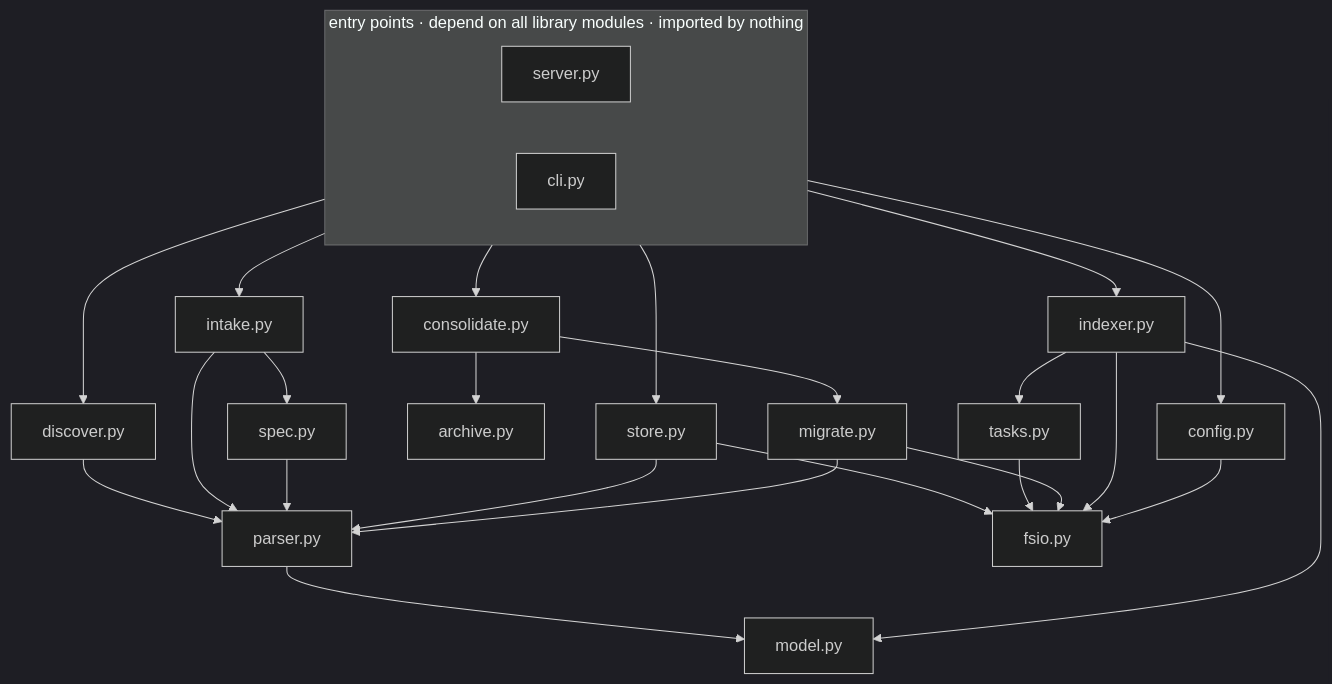
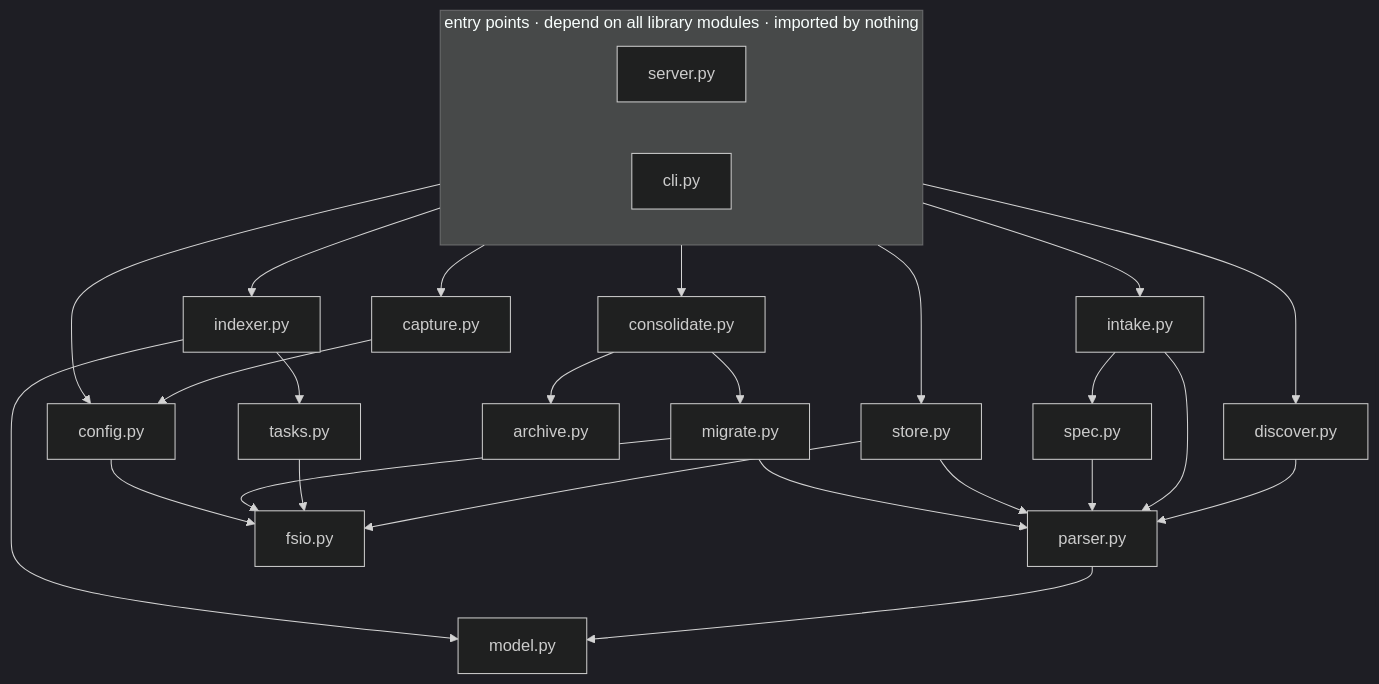
Before and after one commit to solentlabs/ai-journal-mcp: the second of 3 diagrams in docs/ARCHITECTURE.md, drawn with Mermaid (dark theme). The commit also changed other lines of this file and 14 other files, not shown here.

````diff
--- a/docs/ARCHITECTURE.md
+++ b/docs/ARCHITECTURE.md
@@ -53,32 +56,34 @@
 ```mermaid
 flowchart TD
     subgraph entry ["entry points · depend on all library modules · imported by nothing"]
         server["server.py"]
         cli["cli.py"]
     end
 
     entry --> consolidate["consolidate.py"]
     entry --> discover["discover.py"]
     entry --> intake["intake.py"]
     entry --> store["store.py"]
     entry --> indexer["indexer.py"]
+    entry --> capture["capture.py"]
     entry --> config["config.py"]
+
+    capture --> config
 
     consolidate --> archive["archive.py"]
     consolidate --> migrate["migrate.py"]
     discover --> parser["parser.py"]
     intake --> spec["spec.py"]
     intake --> parser
     spec --> parser
     store --> parser
     migrate --> parser
     parser --> model["model.py"]
     indexer --> model
     indexer --> tasks["tasks.py"]
 
     store --> fsio["fsio.py"]
     tasks --> fsio
     migrate --> fsio
-    indexer --> fsio
     config --> fsio
 ```
````
